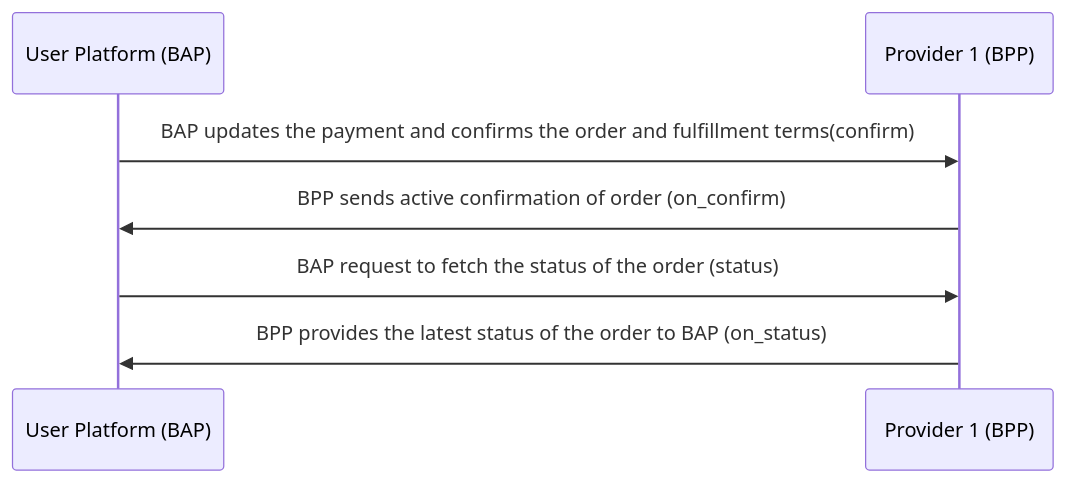
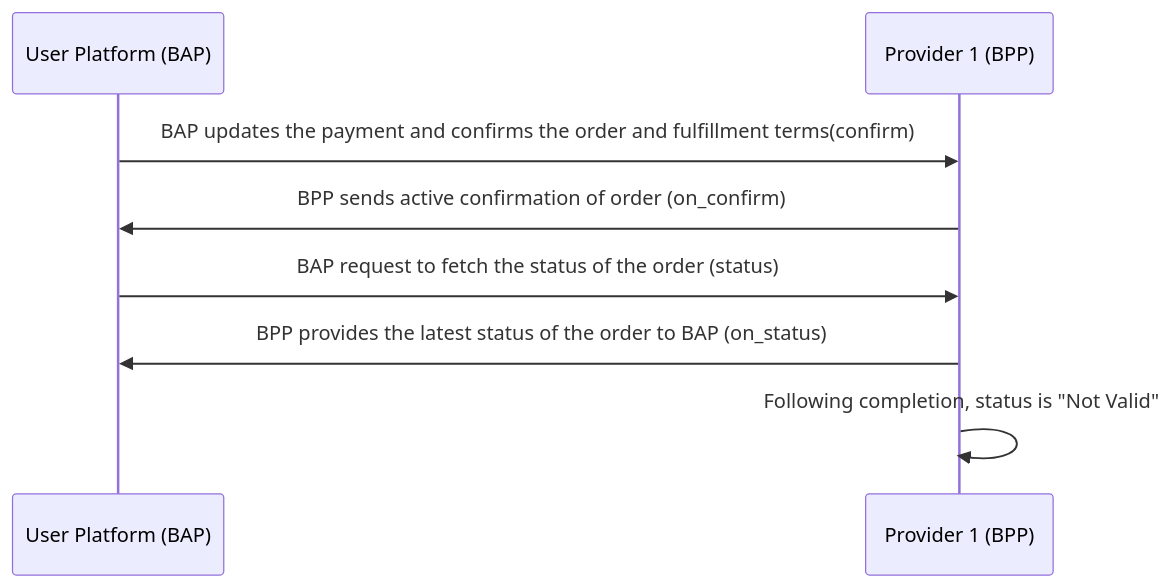
Before and after one commit to Sudheesh2609/DENT-Protocol: the eighth of 8 diagrams in docs/implementation-guides/Voucher_Redemption.md, drawn with Mermaid.

````diff
--- a/docs/implementation-guides/Voucher_Redemption.md
+++ b/docs/implementation-guides/Voucher_Redemption.md
@@ -171,7 +171,8 @@
 ```mermaid
     sequenceDiagram
     User Platform (BAP)->> Provider 1 (BPP): BAP updates the payment and confirms the order and fulfillment terms(confirm)
     Provider 1 (BPP)->>User Platform (BAP): BPP sends active confirmation of order (on_confirm)
     User Platform (BAP)->> Provider 1 (BPP): BAP request to fetch the status of the order (status)
     Provider 1 (BPP)->>User Platform (BAP): BPP provides the latest status of the order to BAP (on_status)
+    Provider 1 (BPP)->>Provider 1 (BPP): Following completion, status is "Not Valid"
 ```
````
